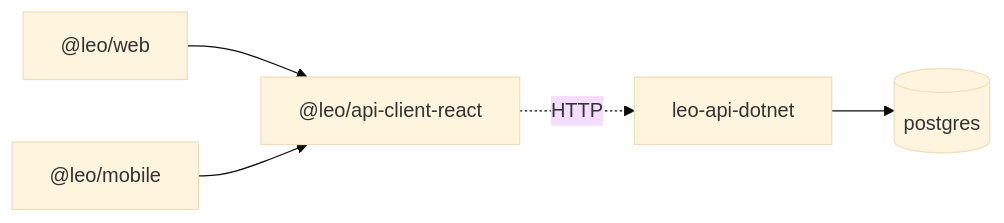
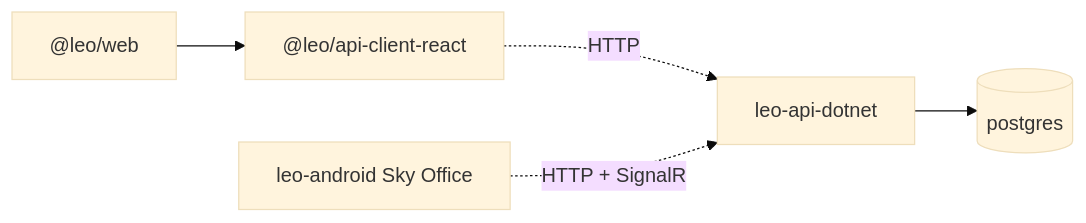
The second of 2 diagrams in docs/ARCHITECTURE.md (adhuhaam/sky_office_homelab), drawn with Mermaid (base theme) before and after one commit. The commit also changed other lines of this file and 272 other files, not shown here.

First line of the commit message:
Collapse to a single Sky Office Android app.

````diff
--- a/docs/ARCHITECTURE.md
+++ b/docs/ARCHITECTURE.md
@@ -81,7 +78,7 @@
 ```mermaid
 flowchart LR
   web["@leo/web"] --> client["@leo/api-client-react"]
-  mobile["@leo/mobile"] --> client
   client -.->|HTTP| dotnet["leo-api-dotnet"]
+  sky["leo-android Sky Office"] -.->|HTTP + SignalR| dotnet
   dotnet --> postgres[(postgres)]
 ```
````
